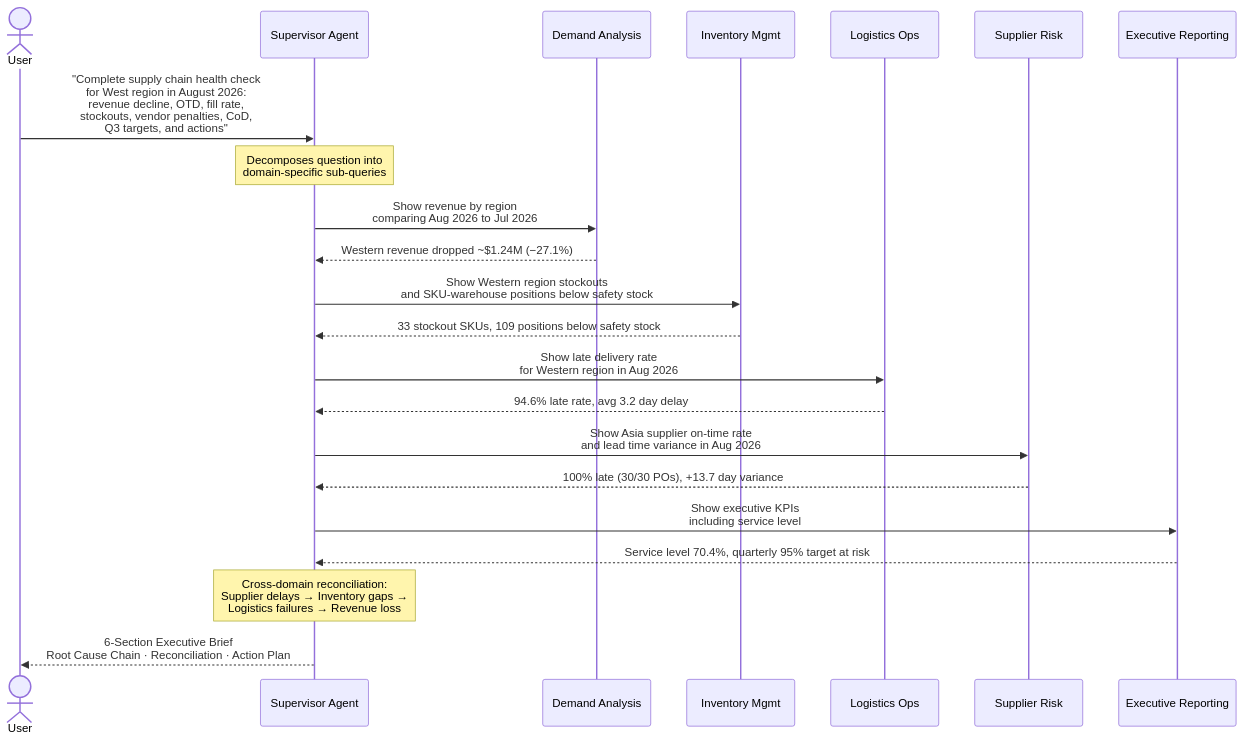
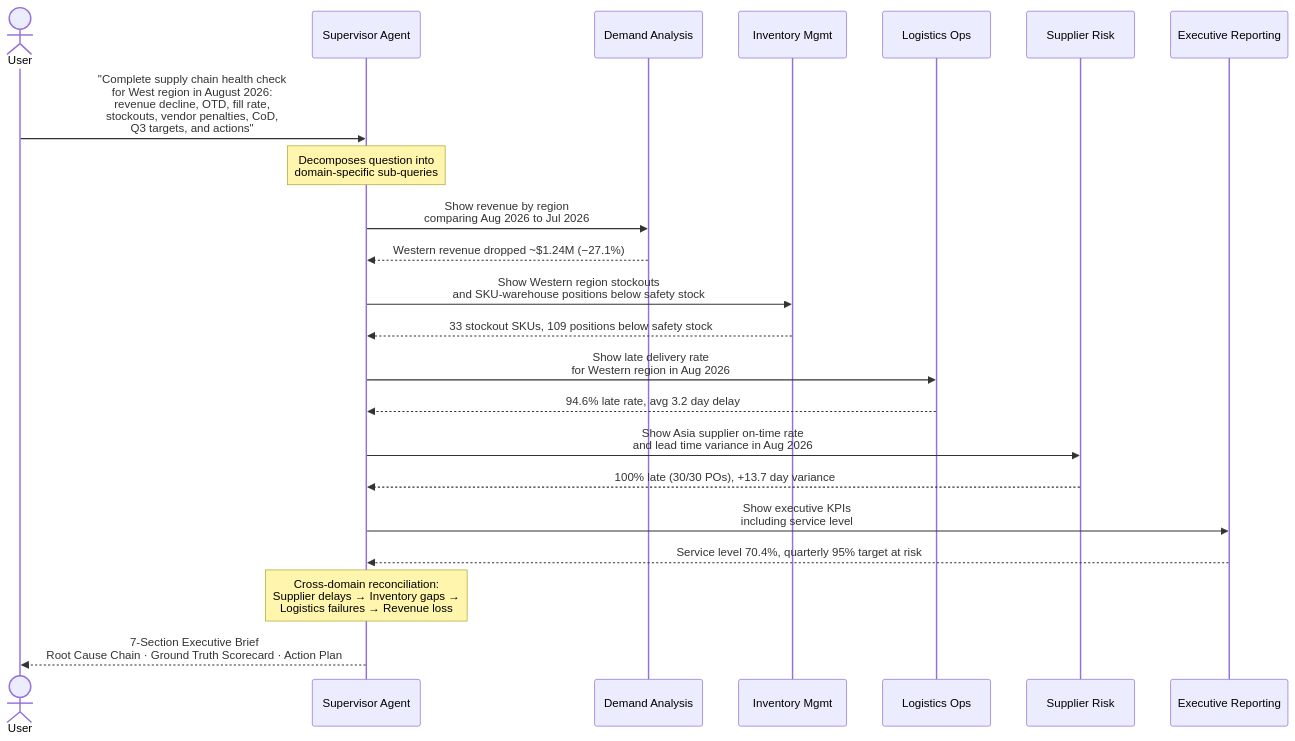
One commit to saketml79/GAP_genie_multiagent_datanalysis_demo changed the second of 2 diagrams in README.md. Above: the diagram before and after it, drawn with Mermaid. The commit also changed other lines of this file and 5 other files, not shown here.

````diff
--- a/README.md
+++ b/README.md
@@ -116,32 +207,32 @@
 ```mermaid
 sequenceDiagram
     actor User
     participant S as Supervisor Agent
     participant DA as Demand Analysis
     participant IM as Inventory Mgmt
     participant LO as Logistics Ops
     participant SR as Supplier Risk
     participant ER as Executive Reporting
     User->>S: "Complete supply chain health check<br/>for West region in August 2026:<br/>revenue decline, OTD, fill rate,<br/>stockouts, vendor penalties, CoD,<br/>Q3 targets, and actions"
 
     Note over S: Decomposes question into<br/>domain-specific sub-queries
 
     S->>DA: Show revenue by region<br/>comparing Aug 2026 to Jul 2026
     DA-->>S: Western revenue dropped ~$1.24M (−27.1%)
 
     S->>IM: Show Western region stockouts<br/>and SKU-warehouse positions below safety stock
     IM-->>S: 33 stockout SKUs, 109 positions below safety stock
 
     S->>LO: Show late delivery rate<br/>for Western region in Aug 2026
     LO-->>S: 94.6% late rate, avg 3.2 day delay
 
     S->>SR: Show Asia supplier on-time rate<br/>and lead time variance in Aug 2026
     SR-->>S: 100% late (30/30 POs), +13.7 day variance
 
     S->>ER: Show executive KPIs<br/>including service level
     ER-->>S: Service level 70.4%, quarterly 95% target at risk
 
     Note over S: Cross-domain reconciliation:<br/>Supplier delays → Inventory gaps →<br/>Logistics failures → Revenue loss
 
-    S-->>User: 6-Section Executive Brief<br/>Root Cause Chain · Reconciliation · Action Plan
+    S-->>User: 7-Section Executive Brief<br/>Root Cause Chain · Ground Truth Scorecard · Action Plan
 ```
````
